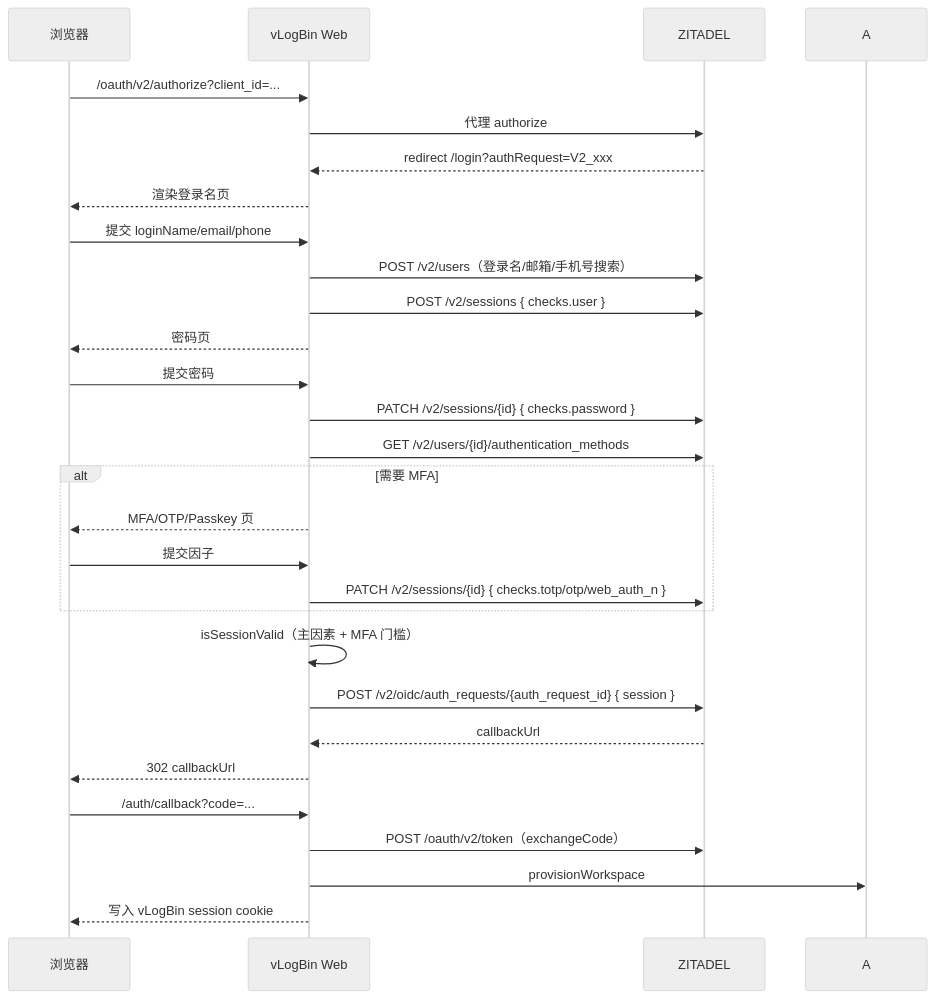
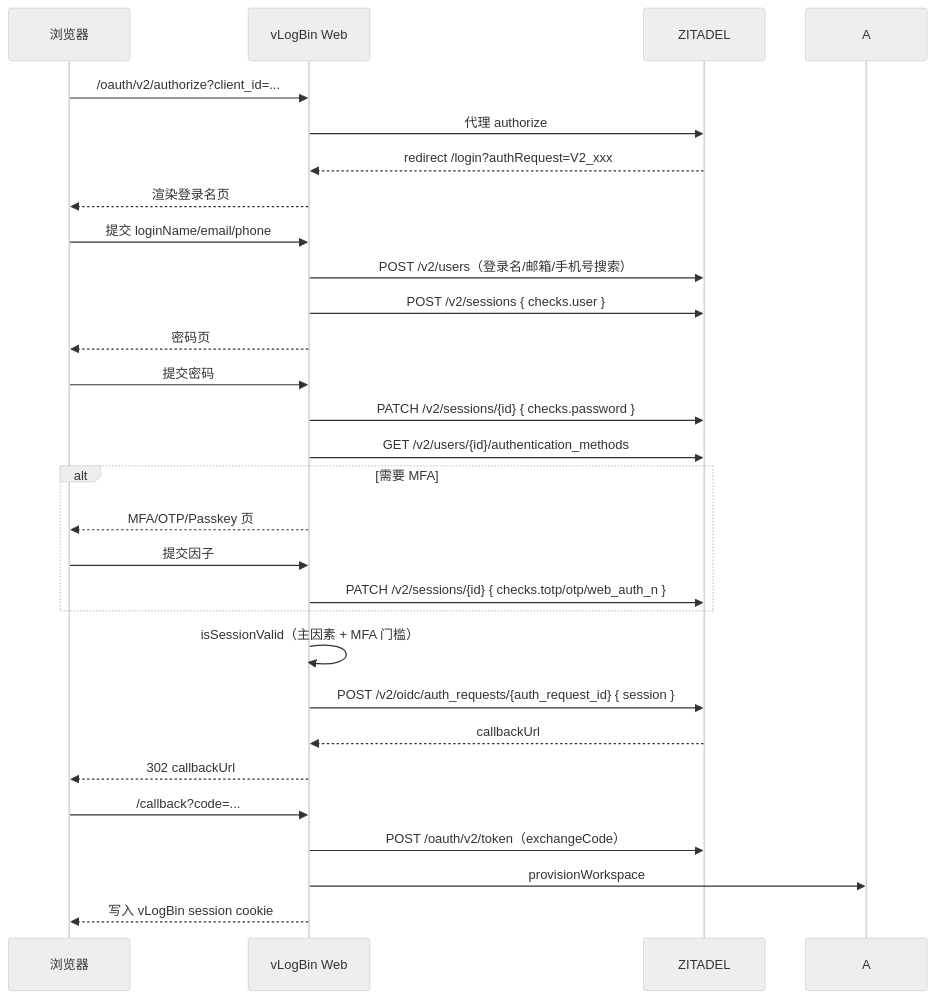
Before and after one commit to OpenCore-Hub/vLogBin: the second of 2 diagrams in docs/SPEC-Custom-Login-Session-API.md, drawn with Mermaid (neutral theme). The commit also changed other lines of this file and 5 other files, not shown here.

````diff
--- a/docs/SPEC-Custom-Login-Session-API.md
+++ b/docs/SPEC-Custom-Login-Session-API.md
@@ -173,30 +173,30 @@
 ```mermaid
 sequenceDiagram
     participant B as 浏览器
     participant W as vLogBin Web
     participant Z as ZITADEL
     B->>W: /oauth/v2/authorize?client_id=...
     W->>Z: 代理 authorize
     Z-->>W: redirect /login?authRequest=V2_xxx
     W-->>B: 渲染登录名页
     B->>W: 提交 loginName/email/phone
     W->>Z: POST /v2/users（登录名/邮箱/手机号搜索）
     W->>Z: POST /v2/sessions { checks.user }
     W-->>B: 密码页
     B->>W: 提交密码
     W->>Z: PATCH /v2/sessions/{id} { checks.password }
     W->>Z: GET /v2/users/{id}/authentication_methods
     alt 需要 MFA
         W-->>B: MFA/OTP/Passkey 页
         B->>W: 提交因子
         W->>Z: PATCH /v2/sessions/{id} { checks.totp/otp/web_auth_n }
     end
     W->>W: isSessionValid（主因素 + MFA 门槛）
     W->>Z: POST /v2/oidc/auth_requests/{auth_request_id} { session }
     Z-->>W: callbackUrl
     W-->>B: 302 callbackUrl
-    B->>W: /auth/callback?code=...
+    B->>W: /callback?code=...
     W->>Z: POST /oauth/v2/token（exchangeCode）
     W->>A: provisionWorkspace
     W-->>B: 写入 vLogBin session cookie
 ```
````
